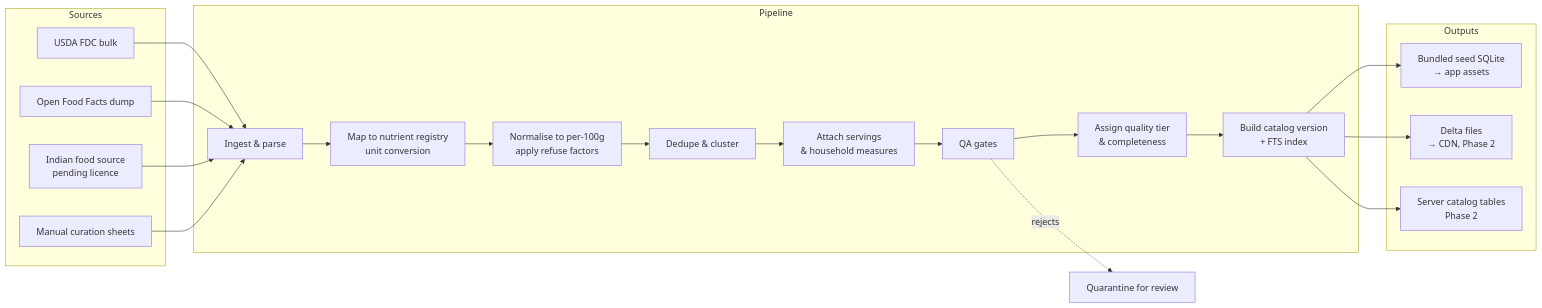
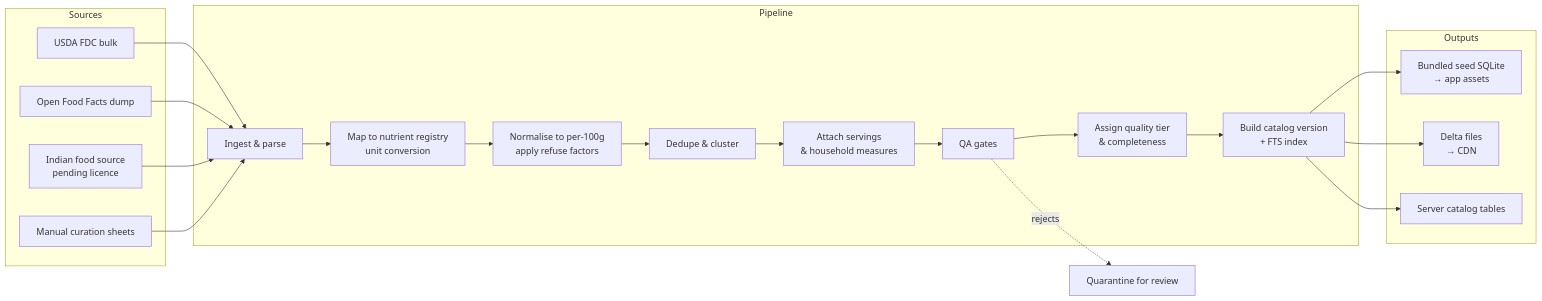
One commit to patel-keyur-18/nourishly changed the first of 3 diagrams in docs/architecture/05-food-and-nutrition.md. Above: the diagram before and after it, drawn with Mermaid. The commit also changed other lines of this file and 12 other files, not shown here.

First line of the commit message:
docs(architecture): revise to v0.2 for review decisions

````diff
--- a/docs/architecture/05-food-and-nutrition.md
+++ b/docs/architecture/05-food-and-nutrition.md
@@ -115,26 +115,26 @@
 ```mermaid
 flowchart LR
     subgraph Sources
         A1[USDA FDC bulk]
         A2[Open Food Facts dump]
         A3[Indian food source<br/>pending licence]
         A4[Manual curation sheets]
     end
     subgraph Pipeline
         B1[Ingest & parse]
         B2[Map to nutrient registry<br/>unit conversion]
         B3[Normalise to per-100g<br/>apply refuse factors]
         B4[Dedupe & cluster]
         B5[Attach servings<br/>& household measures]
         B6[QA gates]
         B7[Assign quality tier<br/>& completeness]
         B8[Build catalog version<br/>+ FTS index]
     end
     subgraph Outputs
         C1[Bundled seed SQLite<br/>→ app assets]
-        C2[Delta files<br/>→ CDN, Phase 2]
-        C3[Server catalog tables<br/>Phase 2]
+        C2[Delta files<br/>→ CDN]
+        C3[Server catalog tables]
     end
     A1 & A2 & A3 & A4 --> B1 --> B2 --> B3 --> B4 --> B5 --> B6 --> B7 --> B8 --> C1 & C2 & C3
     B6 -.->|rejects| R[Quarantine for review]
 ```
````
